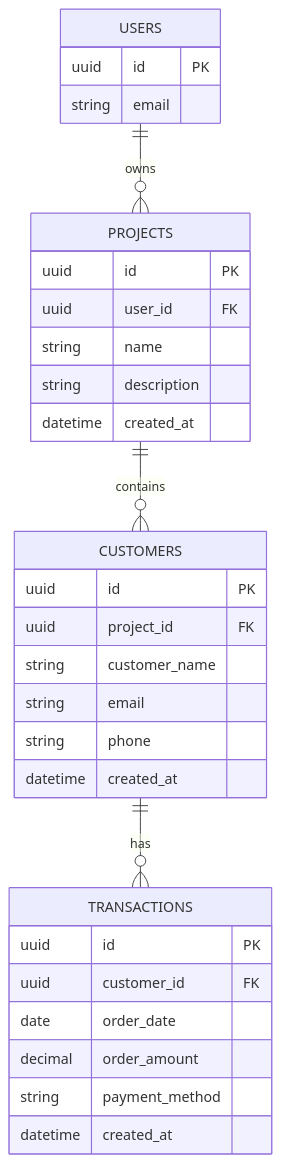
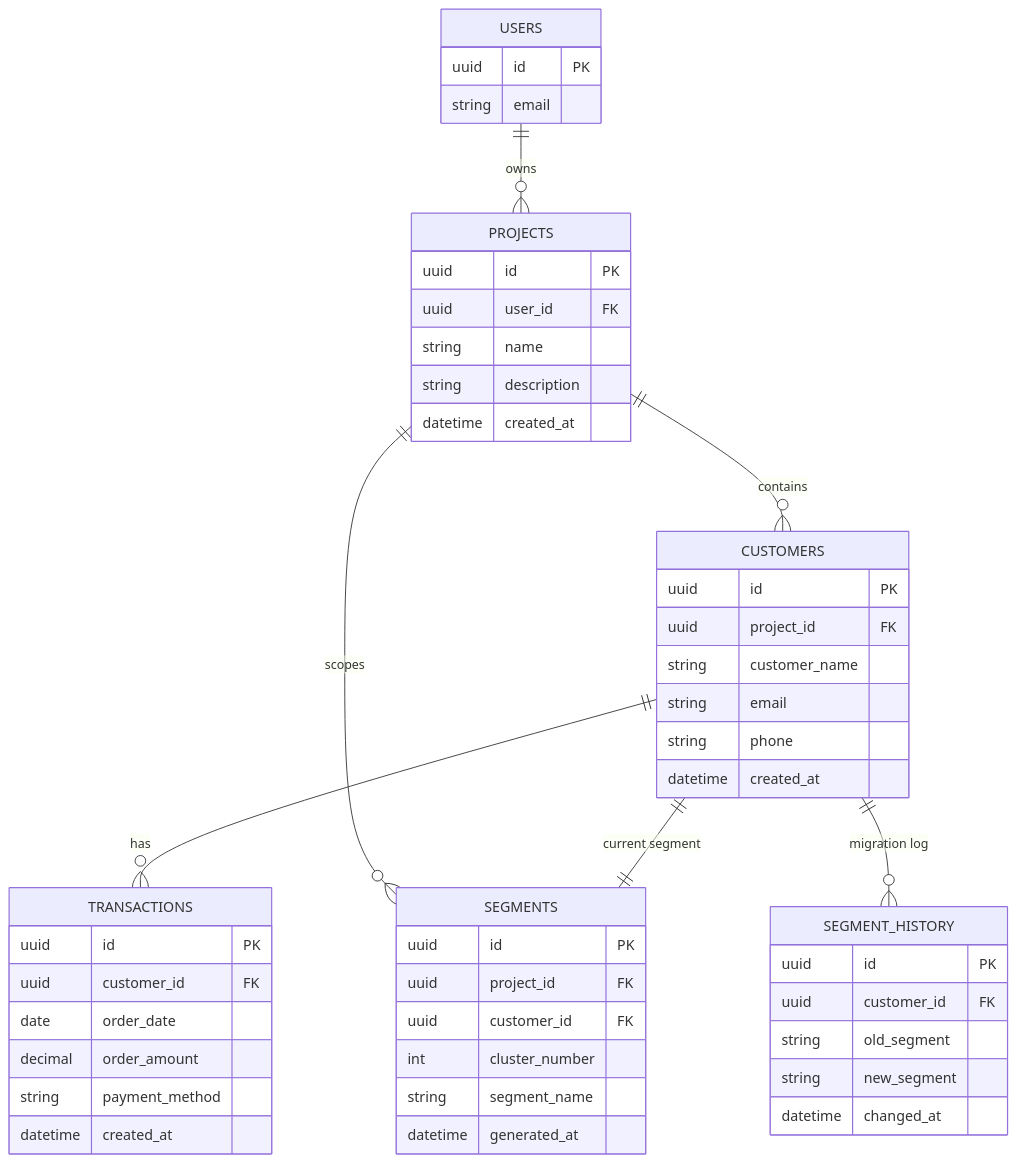
Before and after one commit to Despectinator/customer-intelligence-platform: the diagram in docs/architecture/ER-Diagram.md, drawn with Mermaid. The commit also changed other lines of this file and 1 other file, not shown here.

Commit message:
docs: restore segments and segment history to schema and ERD

````diff
--- a/docs/architecture/ER-Diagram.md
+++ b/docs/architecture/ER-Diagram.md
@@ -7,38 +7,58 @@
 ```mermaid
 erDiagram
 
     USERS ||--o{ PROJECTS : owns
     PROJECTS ||--o{ CUSTOMERS : contains
+    PROJECTS ||--o{ SEGMENTS : scopes
     CUSTOMERS ||--o{ TRANSACTIONS : has
+    CUSTOMERS ||--|| SEGMENTS : "current segment"
+    CUSTOMERS ||--o{ SEGMENT_HISTORY : "migration log"
 
     USERS {
         uuid id PK
         string email
     }
 
     PROJECTS {
         uuid id PK
         uuid user_id FK
         string name
         string description
         datetime created_at
     }
 
     CUSTOMERS {
         uuid id PK
         uuid project_id FK
         string customer_name
         string email
         string phone
         datetime created_at
     }
 
     TRANSACTIONS {
         uuid id PK
         uuid customer_id FK
         date order_date
         decimal order_amount
         string payment_method
         datetime created_at
     }
+
+    SEGMENTS {
+        uuid id PK
+        uuid project_id FK
+        uuid customer_id FK
+        int cluster_number
+        string segment_name
+        datetime generated_at
+    }
+
+    SEGMENT_HISTORY {
+        uuid id PK
+        uuid customer_id FK
+        string old_segment
+        string new_segment
+        datetime changed_at
+    }
 ```
````
